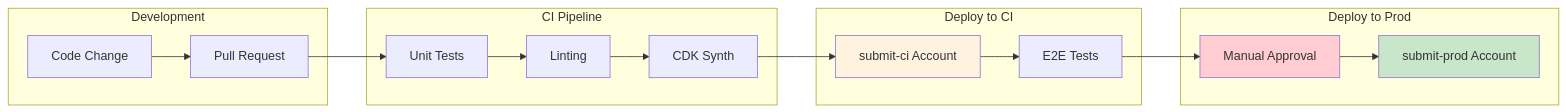
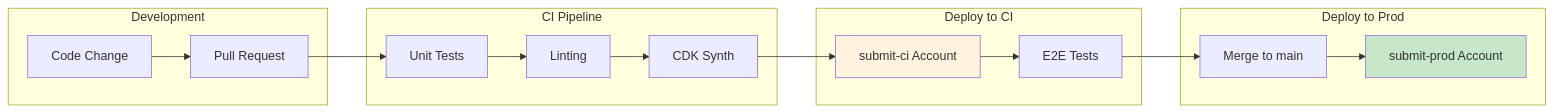
Before and after one commit to antonycc/submit.diyaccounting.co.uk: the fourth of 4 diagrams in AWS_ARCHITECTURE.md, drawn with Mermaid. The commit also changed other lines of this file and 9 other files, not shown here.

Commit message:
fix: update AWS architecture and cost documents for clarity and accuracy

````diff
--- a/AWS_ARCHITECTURE.md
+++ b/AWS_ARCHITECTURE.md
@@ -386,36 +310,35 @@
 ```mermaid
 graph LR
     subgraph dev["Development"]
         code["Code Change"]
         pr["Pull Request"]
     end
 
     subgraph ci["CI Pipeline"]
         test["Unit Tests"]
         lint["Linting"]
         build["CDK Synth"]
     end
 
     subgraph deploy_ci["Deploy to CI"]
         ci_stack["submit-ci Account"]
         e2e["E2E Tests"]
     end
 
     subgraph deploy_prod["Deploy to Prod"]
-        approval["Manual Approval"]
+        approval["Merge to main"]
         prod_stack["submit-prod Account"]
     end
 
     code --> pr
     pr --> test
     test --> lint
     lint --> build
     build --> ci_stack
     ci_stack --> e2e
     e2e --> approval
     approval --> prod_stack
 
     style ci_stack fill:#fff3e0
     style prod_stack fill:#c8e6c9
-    style approval fill:#ffcdd2
 ```
````
